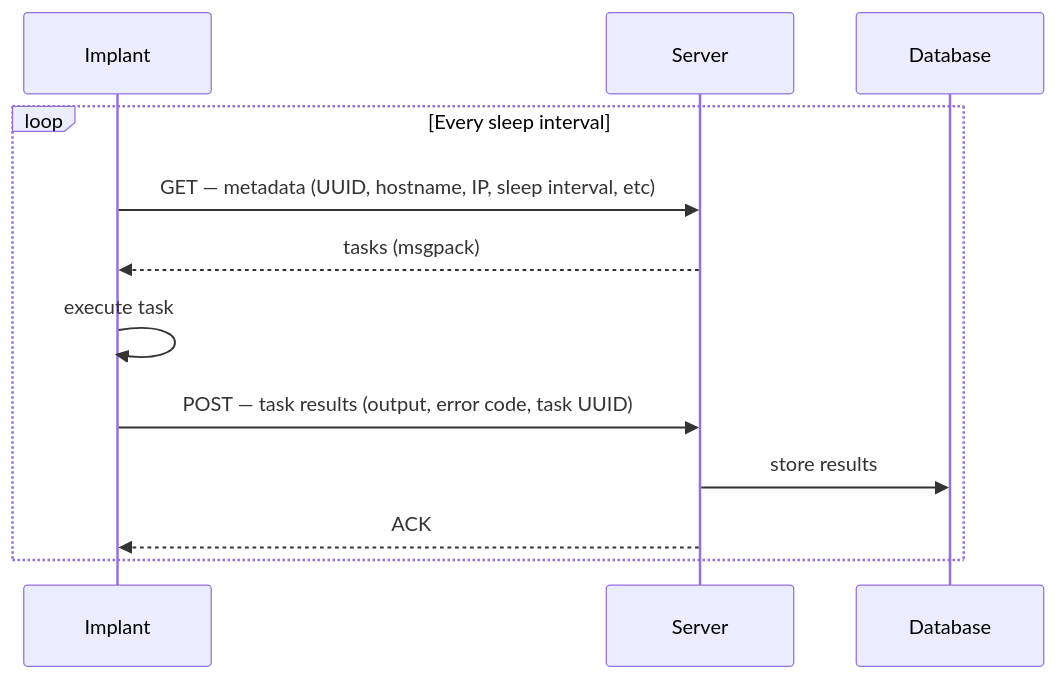
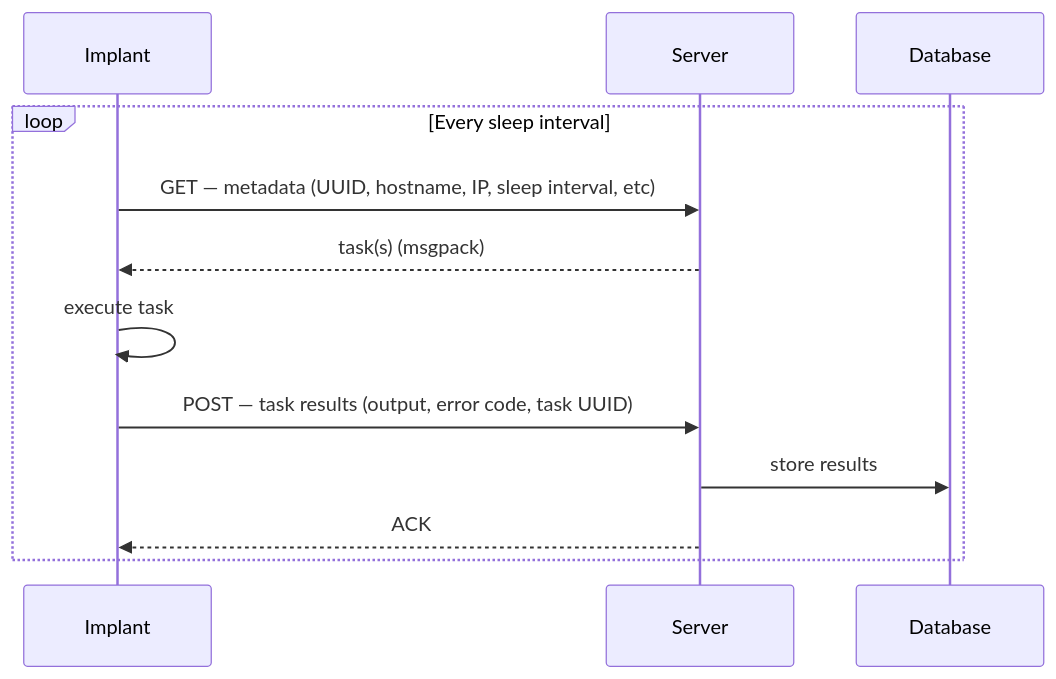
One commit to LongHaulC2/LongHaulC2 changed the diagram in documentation/00 Intro/Beaconing.md. Above: the diagram before and after it, drawn with Mermaid. The commit also changed 8 other files, not shown here.

````diff
--- a/documentation/00 Intro/Beaconing.md
+++ b/documentation/00 Intro/Beaconing.md
@@ -9,15 +9,15 @@
 ```mermaid
 sequenceDiagram
     participant I as Implant
     participant S as Server
     participant DB as Database
 
     loop Every sleep interval
         I->>S: GET — metadata (UUID, hostname, IP, sleep interval, etc)
-        S-->>I: tasks (msgpack)
+        S-->>I: task(s) (msgpack)
         I->>I: execute task
         I->>S: POST — task results (output, error code, task UUID)
         S->>DB: store results
         S-->>I: ACK
     end
 ```
````
